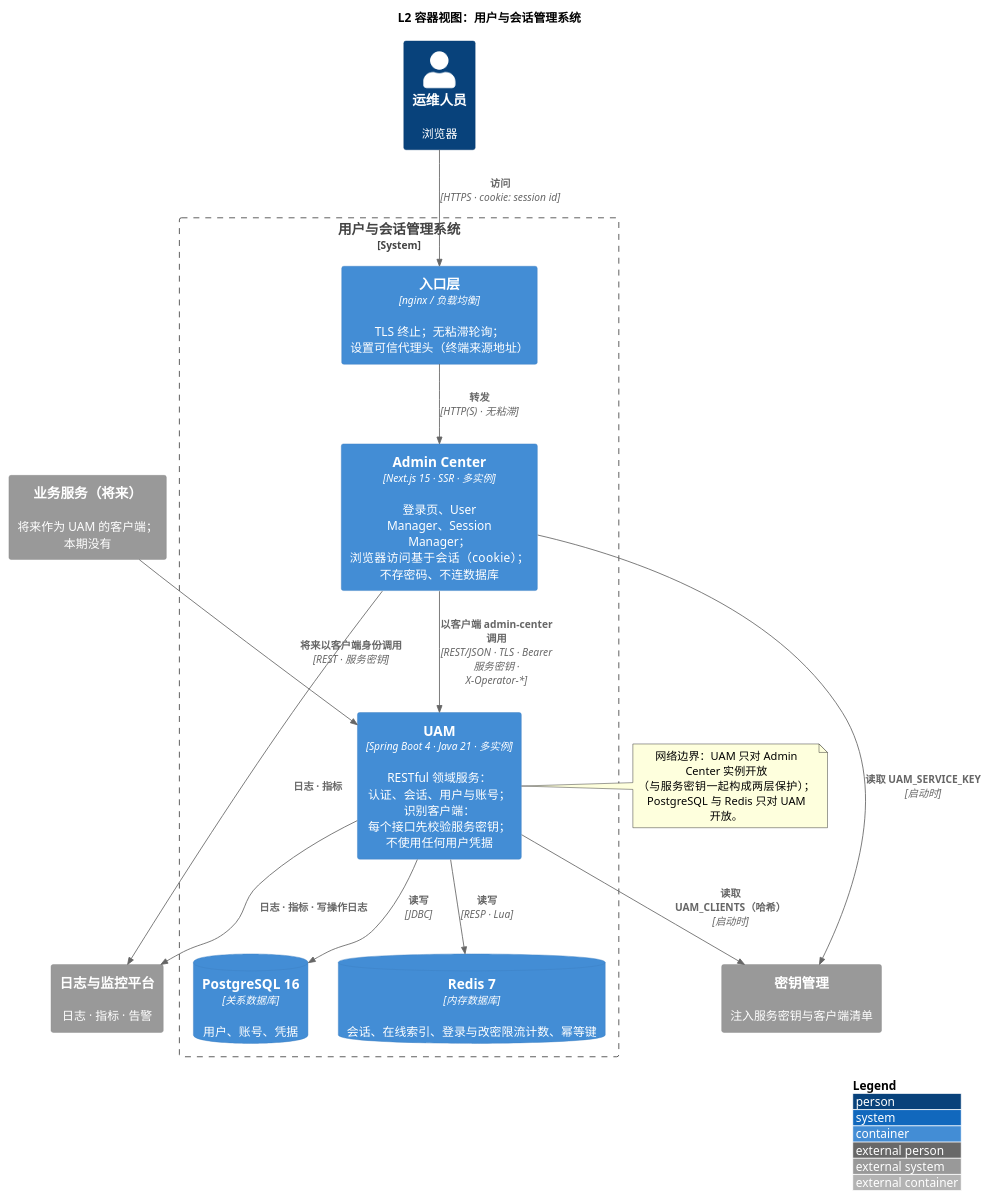
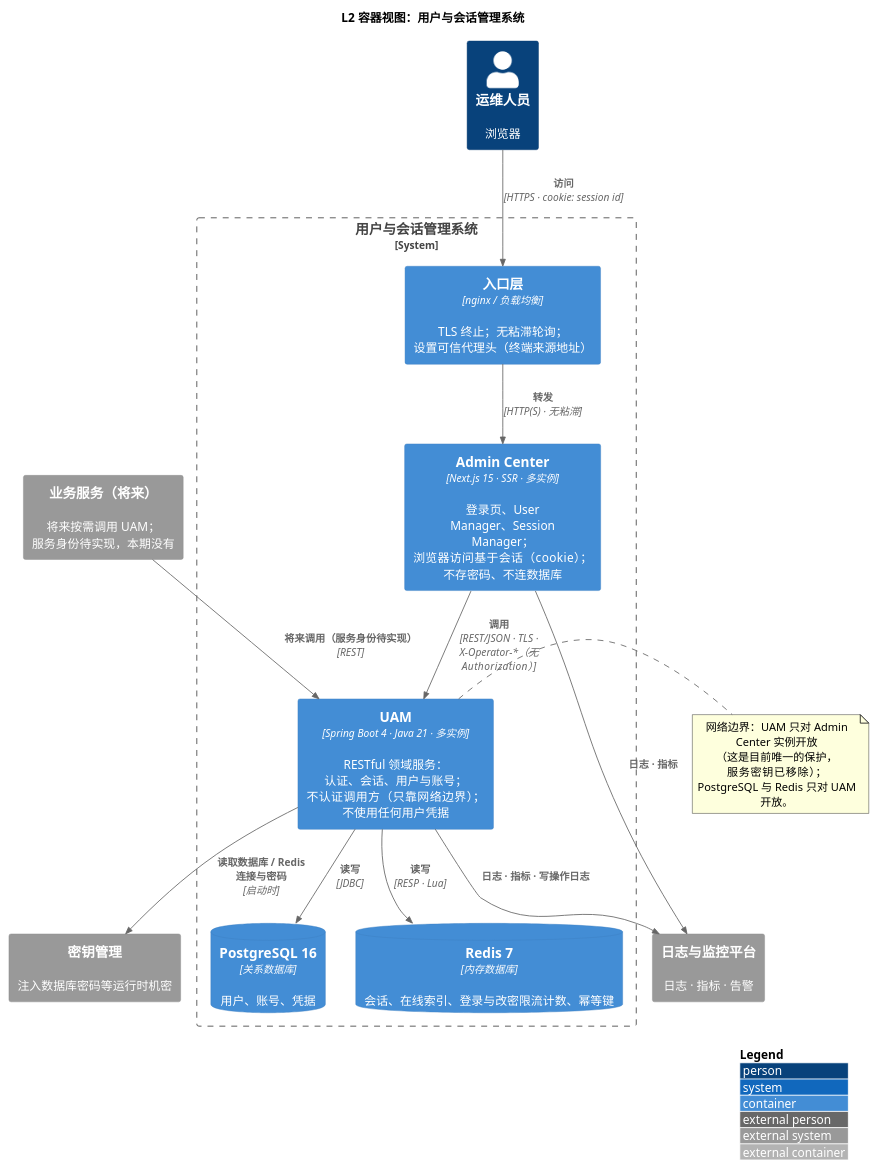
One commit to xiayy860612/tech-toolkit changed the diagram in docs/system-design/system/diagrams/c4-l2-container.puml. Above: the diagram before and after it, drawn with PlantUML. The commit also changed 173 other files, not shown here.

First line of the commit message:
refactor(uam): 移除 clients 功能，UAM 不再认证调用方

```diff
--- a/docs/system-design/system/diagrams/c4-l2-container.puml
+++ b/docs/system-design/system/diagrams/c4-l2-container.puml
@@ -1,37 +1,36 @@
 @startuml c4-l2-container
 ' C4 L2 容器视图。
 !include <C4/C4_Container>
 LAYOUT_WITH_LEGEND()
 
 title L2 容器视图：用户与会话管理系统
 
 Person(operator, "运维人员", "浏览器")
-System_Ext(biz, "业务服务（将来）", "将来作为 UAM 的客户端；本期没有")
-System_Ext(secrets, "密钥管理", "注入服务密钥与客户端清单")
+System_Ext(biz, "业务服务（将来）", "将来按需调用 UAM；服务身份待实现，本期没有")
+System_Ext(secrets, "密钥管理", "注入数据库密码等运行时机密")
 System_Ext(obs, "日志与监控平台", "日志 · 指标 · 告警")
 
 System_Boundary(sys, "用户与会话管理系统") {
   Container(ingress, "入口层", "nginx / 负载均衡", "TLS 终止；无粘滞轮询；设置可信代理头（终端来源地址）")
   Container(admin, "Admin Center", "Next.js 15 · SSR · 多实例", "登录页、User Manager、Session Manager；浏览器访问基于会话（cookie）；不存密码、不连数据库")
-  Container(uam, "UAM", "Spring Boot 4 · Java 21 · 多实例", "RESTful 领域服务：认证、会话、用户与账号；识别客户端：每个接口先校验服务密钥；不使用任何用户凭据")
+  Container(uam, "UAM", "Spring Boot 4 · Java 21 · 多实例", "RESTful 领域服务：认证、会话、用户与账号；不认证调用方（只靠网络边界）；不使用任何用户凭据")
   ContainerDb(pg, "PostgreSQL 16", "关系数据库", "用户、账号、凭据")
   ContainerDb(redis, "Redis 7", "内存数据库", "会话、在线索引、登录与改密限流计数、幂等键")
 }
 
 Rel(operator, ingress, "访问", "HTTPS · cookie: session id")
 Rel(ingress, admin, "转发", "HTTP(S) · 无粘滞")
-Rel(admin, uam, "以客户端 admin-center 调用", "REST/JSON · TLS · Bearer 服务密钥 · X-Operator-*")
+Rel(admin, uam, "调用", "REST/JSON · TLS · X-Operator-*（无 Authorization）")
 Rel(uam, pg, "读写", "JDBC")
 Rel(uam, redis, "读写", "RESP · Lua")
-Rel(biz, uam, "将来以客户端身份调用", "REST · 服务密钥")
-Rel(admin, secrets, "读取 UAM_SERVICE_KEY", "启动时")
-Rel(uam, secrets, "读取 UAM_CLIENTS（哈希）", "启动时")
+Rel(biz, uam, "将来调用（服务身份待实现）", "REST")
+Rel(uam, secrets, "读取数据库 / Redis 连接与密码", "启动时")
 Rel(admin, obs, "日志 · 指标")
 Rel(uam, obs, "日志 · 指标 · 写操作日志")
 
 note right of uam
   网络边界：UAM 只对 Admin Center 实例开放
-  （与服务密钥一起构成两层保护）；
+  （这是目前唯一的保护，服务密钥已移除）；
   PostgreSQL 与 Redis 只对 UAM 开放。
 end note
 @enduml
```
